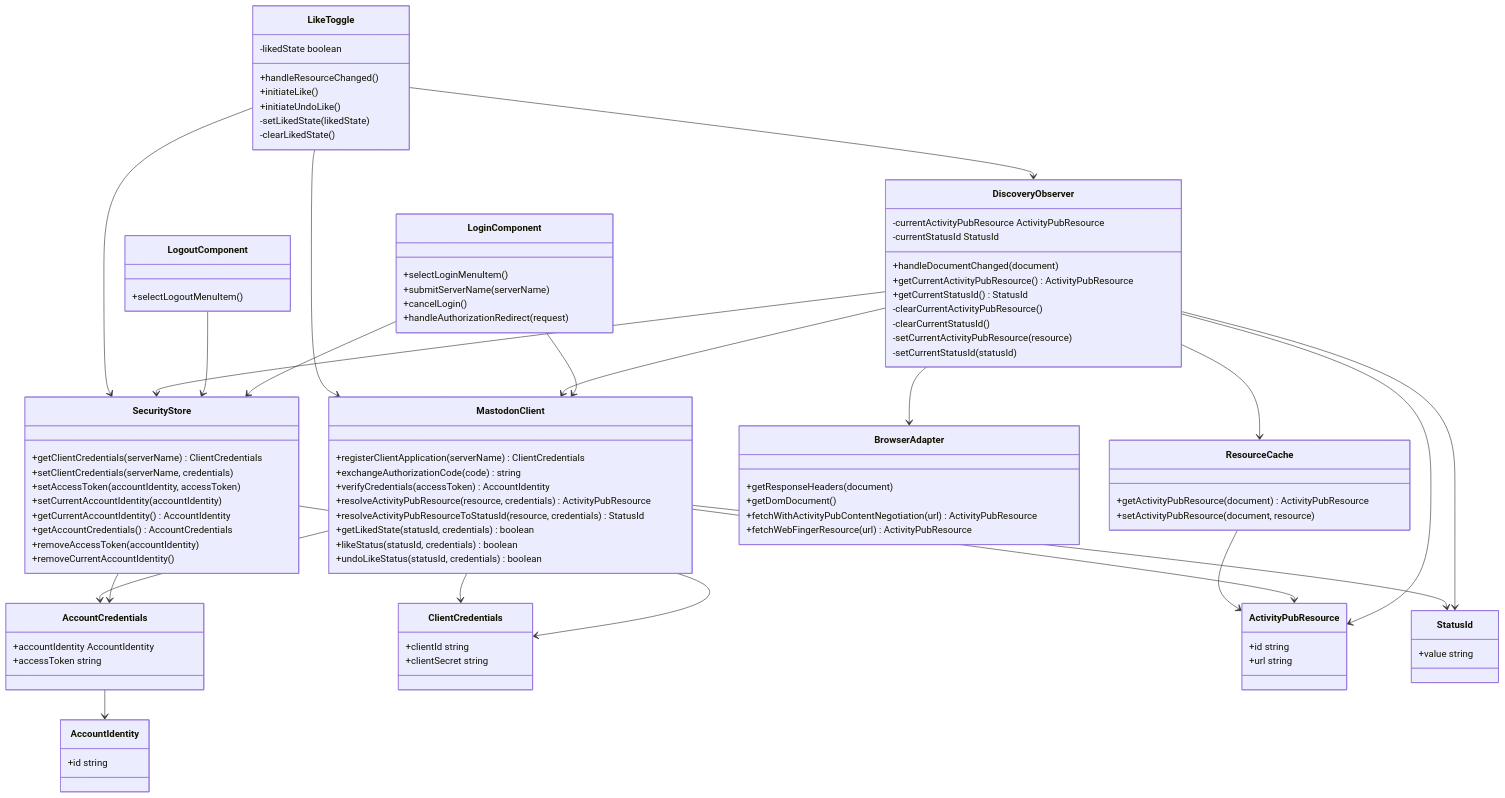
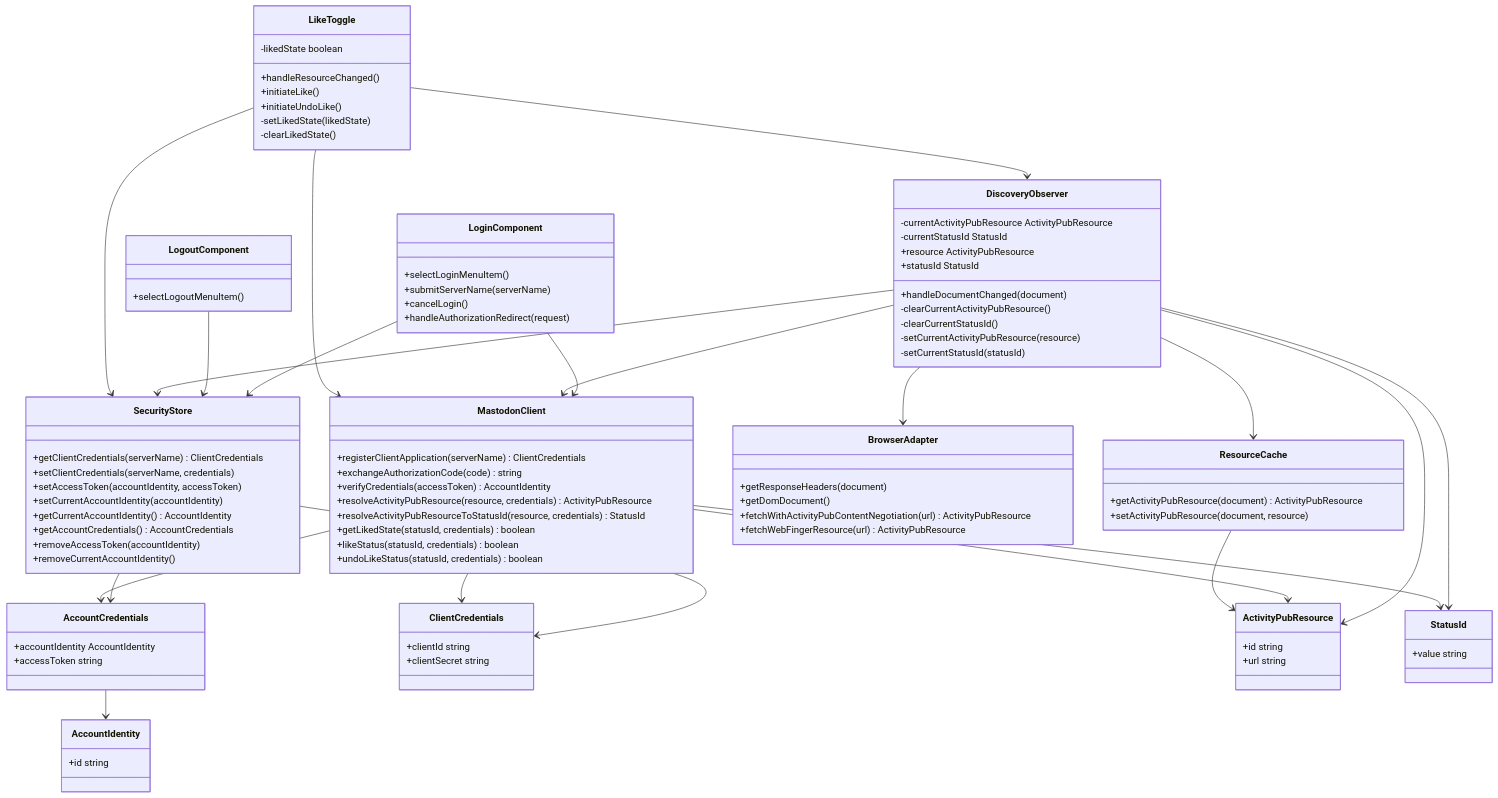
Before and after one commit to social-web-foundation/activitypub-browser-extension: the diagram in docs/architecture/logical.md, drawn with Mermaid. The commit also changed 3 other files, not shown here.

```diff
--- a/docs/architecture/logical.md
+++ b/docs/architecture/logical.md
@@ -17,8 +17,8 @@
         -currentActivityPubResource ActivityPubResource
         -currentStatusId StatusId
         +handleDocumentChanged(document)
-        +getCurrentActivityPubResource() ActivityPubResource
-        +getCurrentStatusId() StatusId
+        +resource ActivityPubResource
+        +statusId StatusId
         -clearCurrentActivityPubResource()
         -clearCurrentStatusId()
         -setCurrentActivityPubResource(resource)
```
